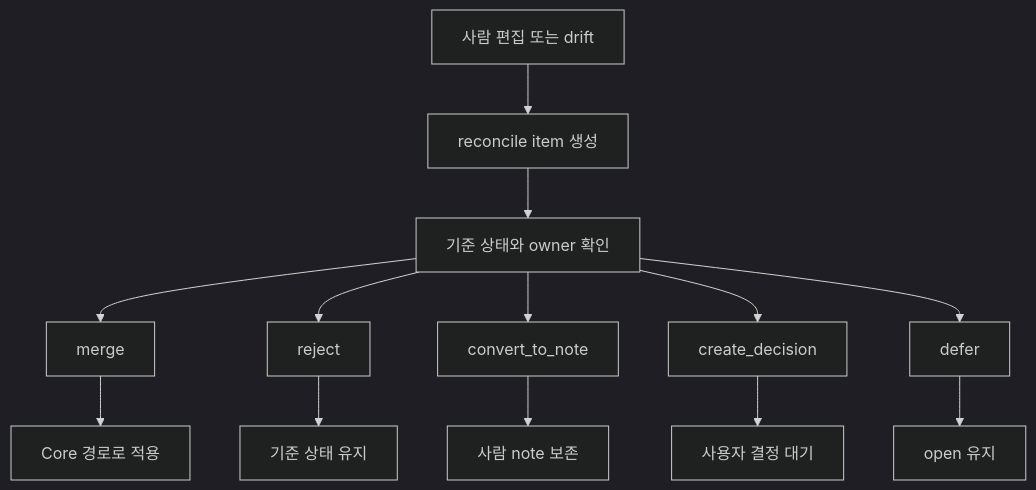
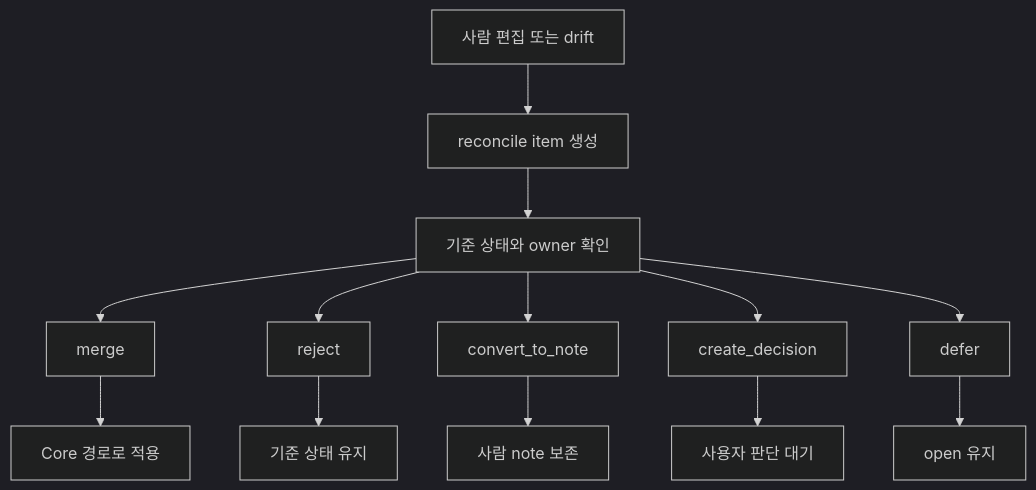
Before and after one commit to minjungw00/Harness_Project: the eighth of 11 diagrams in docs/ko/reference/operations-and-conformance.md, drawn with Mermaid (dark theme). The commit also changed other lines of this file and 9 other files, not shown here.

````diff
--- a/docs/ko/reference/operations-and-conformance.md
+++ b/docs/ko/reference/operations-and-conformance.md
@@ -472,15 +474,15 @@
 ```mermaid
 flowchart TD
   Input["사람 편집 또는 drift"] --> Item["reconcile item 생성"]
   Item --> Review["기준 상태와 owner 확인"]
   Review --> Merge["merge"]
   Review --> Reject["reject"]
   Review --> Note["convert_to_note"]
   Review --> Decision["create_decision"]
   Review --> Defer["defer"]
   Merge --> Core["Core 경로로 적용"]
   Reject --> Refresh["기준 상태 유지"]
   Note --> Human["사람 note 보존"]
-  Decision --> Pending["사용자 결정 대기"]
+  Decision --> Pending["사용자 판단 대기"]
   Defer --> Open["open 유지"]
 ```
````
